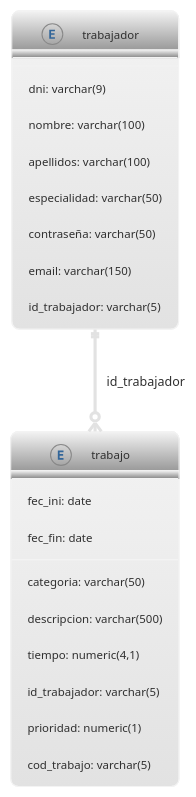
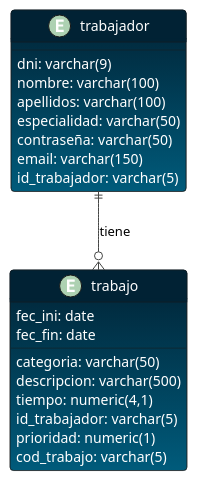
One commit to DanielAlmazan/DanielAlmazan.github.io changed the first of 2 diagrams in Writerside/topics/API/API-Index.md. Above: the diagram before and after it, drawn with PlantUML. The commit also changed other lines of this file, not shown here.

Commit message:
* Translated to English * Added style to diagrams

````diff
--- a/Writerside/topics/API/API-Index.md
+++ b/Writerside/topics/API/API-Index.md
@@ -31,27 +34,42 @@
 ```plantuml
 @startuml
 
-!theme lightgray
+!theme vibrant
+skinparam DefaultFontColor white
+skinparam ArrowFontColor black
+skinparam class {
+  BackgroundColor #012234-005b7b
+  HeaderBackgroundColor #012234
+}
+skinparam interface {
+  BackgroundColor #18181A
+}
+skinparam enum {
+  BackgroundColor #18181A
+}
+skinparam package {
+  BackgroundColor #18181A
+}
 
 entity "trabajador" as trabajador {
   dni: varchar(9)
   nombre: varchar(100)
   apellidos: varchar(100)
   especialidad: varchar(50)
   contraseña: varchar(50)
   email: varchar(150)
   id_trabajador: varchar(5)
 }
 entity "trabajo" as trabajo {
 categoria: varchar(50)
 descripcion: varchar(500)
 fec_ini: date
 fec_fin: date
 tiempo: numeric(4,1)
 id_trabajador: varchar(5)
 prioridad: numeric(1)
 cod_trabajo: varchar(5)
 }
-trabajador ||--o{ trabajo : "id_trabajador"
+trabajador ||--o{ trabajo : "tiene"
 @enduml
 ```
````
